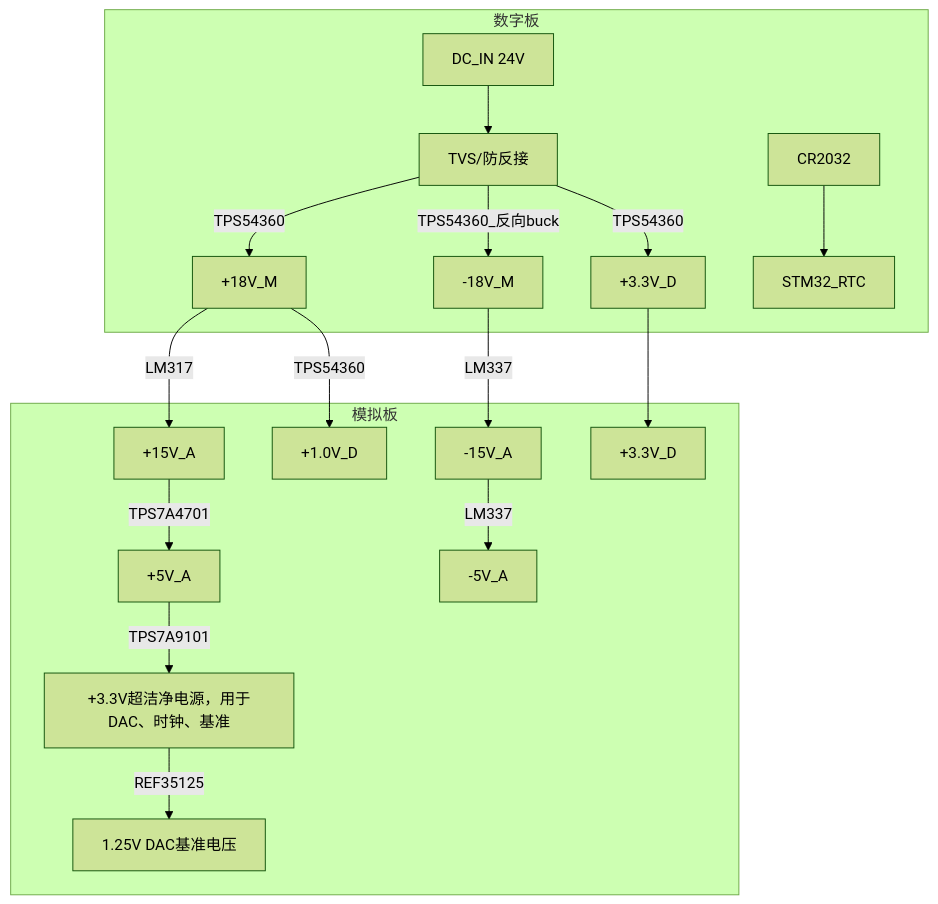
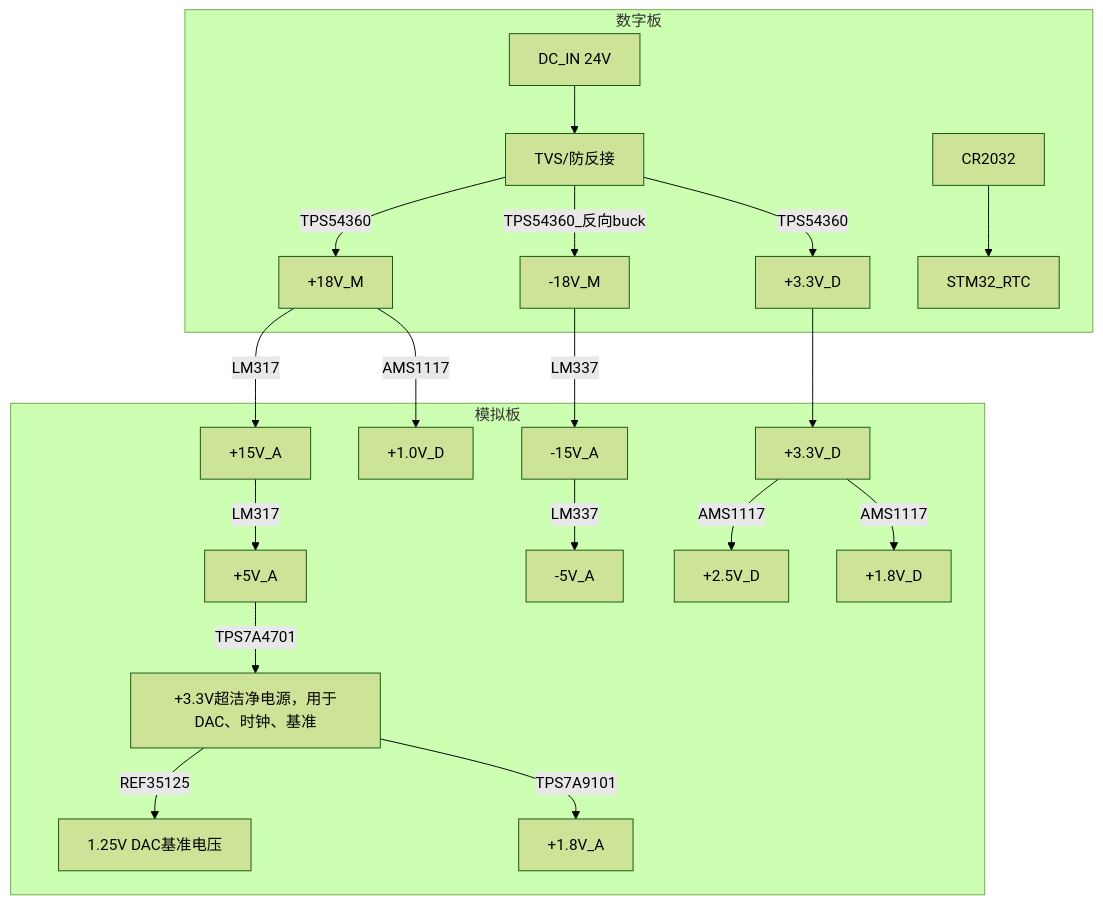
The diagram in docs/硬件架构文档.md (EERNINUO/ArbWave30), drawn with Mermaid (forest theme) before and after one commit. The commit also changed other lines of this file and 6 other files, not shown here.

````diff
--- a/docs/硬件架构文档.md
+++ b/docs/硬件架构文档.md
@@ -96,25 +97,28 @@
 ```mermaid
 graph TD
   subgraph 数字板
   Vin[DC_IN 24V] --> TVS[TVS/防反接]
 
   TVS -->|TPS54360| +18V_M[+18V_M]
   TVS -->|TPS54360_反向buck| -18V_M[-18V_M]
   TVS -->|TPS54360| +3.3V_D[+3.3V_D]
     +3.3V_D[+3.3V_D]
 
     +3.0V_RTC[CR2032] --> STM32_RTC
   end
 
   subgraph 模拟板
     +18V_M -->|LM317| +15V_A[+15V_A]
     -18V_M -->|LM337| -15V_A[-15V_A]
-    +15V_A -->|TPS7A4701| +5V_A[+5V_A]
+    +15V_A -->|LM317| +5V_A[+5V_A]
     -15V_A -->|LM337| -5V_A[-5V_A]
-    +5V_A -->|TPS7A9101| +3.3V_A[+3.3V超洁净电源，用于DAC、时钟、基准]
+    +5V_A -->|TPS7A4701| +3.3V_A[+3.3V超洁净电源，用于DAC、时钟、基准]
     +3.3V_A -->|REF35125| 1.25[1.25V DAC基准电压]
+    +3.3V_A -->|TPS7A9101| +1.8V_A[+1.8V_A]
 
     +3.3V_D --> +3.3V_D_on_A_board[+3.3V_D]
-    +18V_M -->|TPS54360| +1.0V_D[+1.0V_D]
+    +3.3V_D_on_A_board -->|AMS1117| +2.5V_D[+2.5V_D]
+    +3.3V_D_on_A_board -->|AMS1117| +1.8V_D[+1.8V_D]
+    +18V_M -->|AMS1117| +1.0V_D[+1.0V_D]
   end
 ```
````
